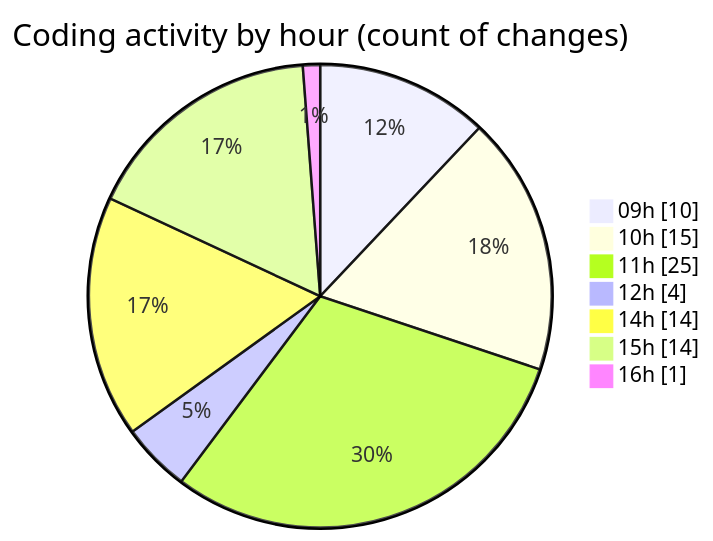
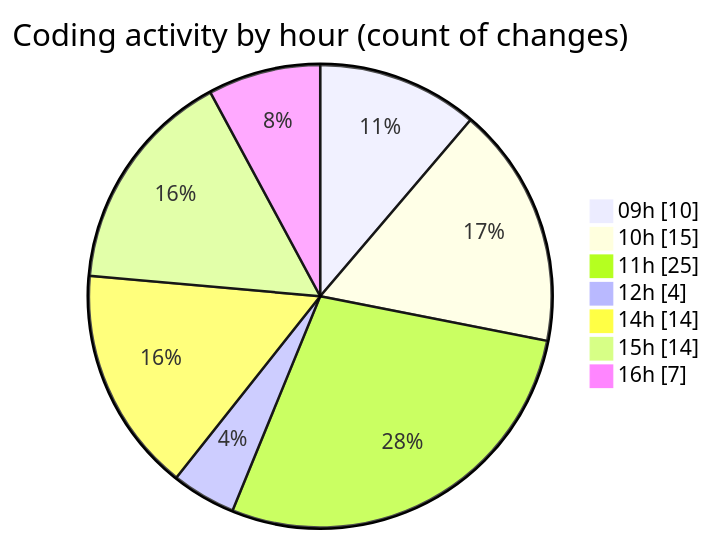
One commit to MatusMokan/code-tracking changed the second of 2 diagrams in 2025-03-21/myws__workspace_/README.md. Above: the diagram before and after it, drawn with Mermaid. The commit also changed other lines of this file and 1 other file, not shown here.

````diff
--- a/2025-03-21/myws__workspace_/README.md
+++ b/2025-03-21/myws__workspace_/README.md
@@ -35,11 +35,11 @@
 ```mermaid
 pie showData
 title Coding activity by hour (count of changes)
 "09h" : 10
 "10h" : 15
 "11h" : 25
 "12h" : 4
 "14h" : 14
 "15h" : 14
-"16h" : 1
+"16h" : 7
 ```
````
